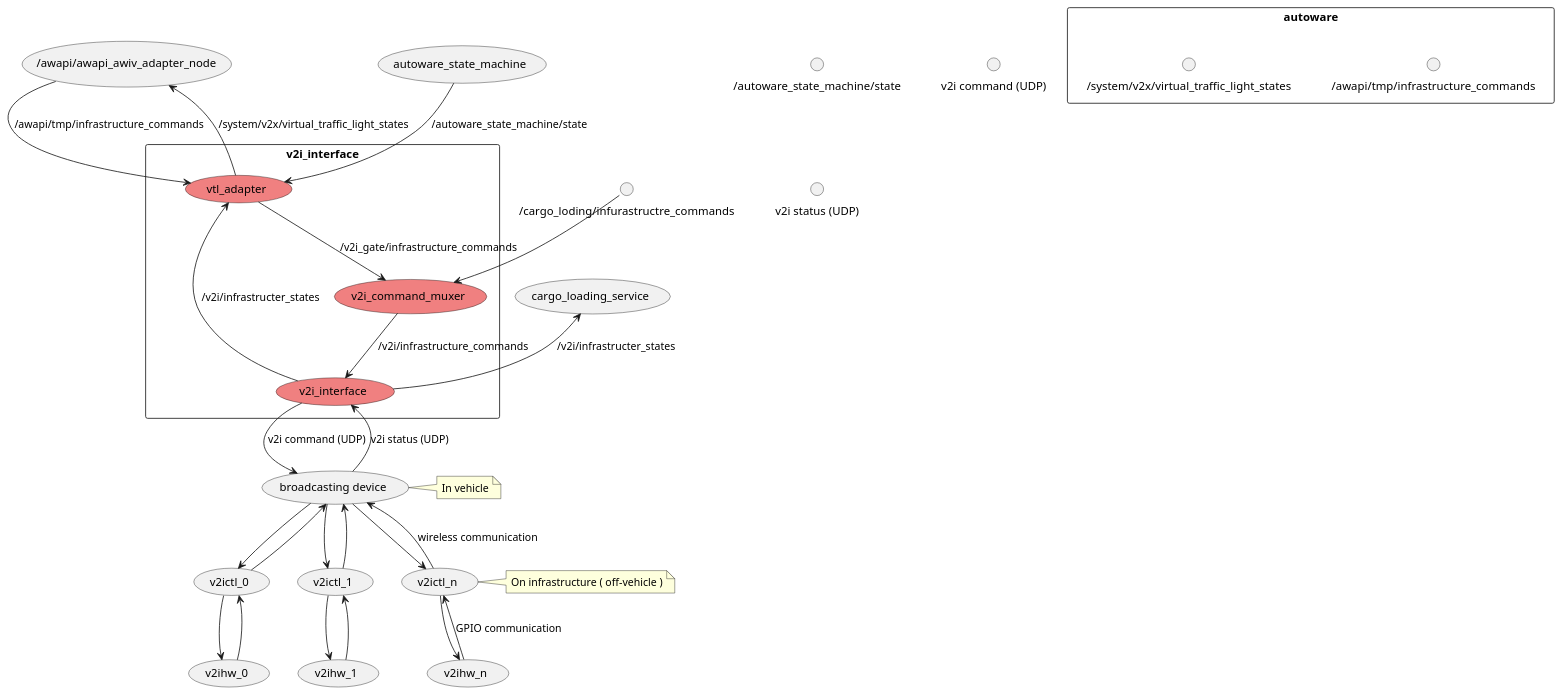
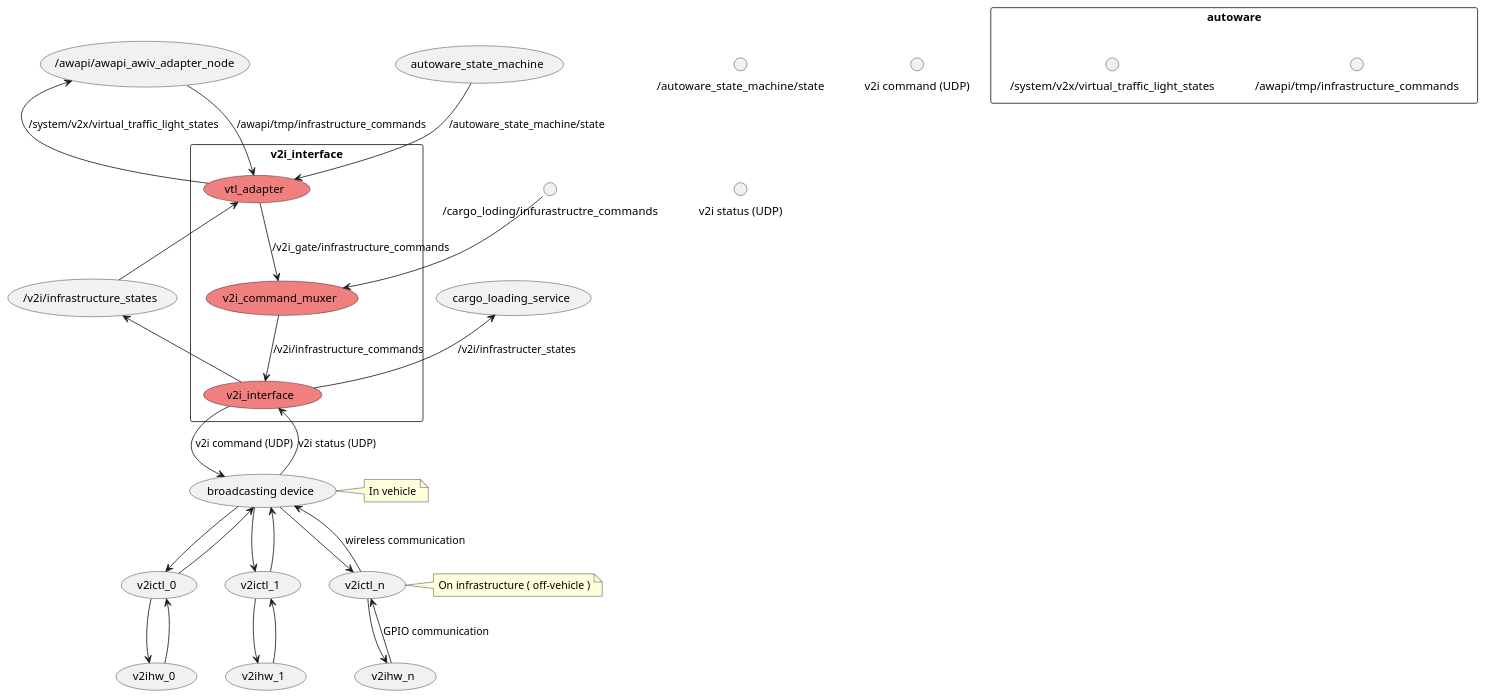
The diagram in docs/node_graph_internal_spec.pu (sfukuta/v2i_interface), drawn with PlantUML before and after one commit.

```diff
--- a/docs/node_graph_internal_spec.pu
+++ b/docs/node_graph_internal_spec.pu
@@ -1,47 +1,48 @@
 @startuml
 
 rectangle autoware {
   interface "/awapi/tmp/infrastructure_commands"
   interface "/system/v2x/virtual_traffic_light_states"
 }
 interface "/autoware_state_machine/state"
 rectangle "v2i_interface" as v2i {
   usecase "v2i_interface" #LightCoral
   usecase "v2i_command_muxer" #LightCoral
   usecase "vtl_adapter" #LightCoral
 } 
 interface "v2i command (UDP)" as v2i_command_udp
 interface "v2i status (UDP)" as v2i_status_udp
 interface "/cargo_loding/infurastructre_commands"
 
 (/awapi/awapi_awiv_adapter_node) --> (vtl_adapter) : /awapi/tmp/infrastructure_commands
 (/awapi/awapi_awiv_adapter_node) <-- (vtl_adapter) : /system/v2x/virtual_traffic_light_states
 (autoware_state_machine) --> (vtl_adapter) : /autoware_state_machine/state
 (/cargo_loding/infurastructre_commands) --> (v2i_command_muxer)
 (vtl_adapter) --> (v2i_command_muxer) : /v2i_gate/infrastructure_commands
 (v2i_command_muxer) --> (v2i_interface) : /v2i/infrastructure_commands
-(vtl_adapter) <-- (v2i_interface) :/v2i/infrastructer_states
+(vtl_adapter) <-- (/v2i/infrastructure_states)
+(/v2i/infrastructure_states) <-- (v2i_interface)
 (cargo_loading_service) <-- (v2i_interface) :/v2i/infrastructer_states
 (v2i_interface) --> (broadcasting device) : v2i command (UDP)
 (v2i_interface) <-- (broadcasting device) : v2i status (UDP)
 (broadcasting device) --> (v2ictl_0)
 (broadcasting device) <-- (v2ictl_0)
 (broadcasting device) --> (v2ictl_1)
 (broadcasting device) <-- (v2ictl_1)
 (broadcasting device) --> (v2ictl_n)
 (broadcasting device) <-- (v2ictl_n) : wireless communication
 
 (v2ictl_0) -[hidden] (v2ictl_1)
 (v2ictl_1) -[hidden] (v2ictl_n)
 
 (v2ictl_0) --> (v2ihw_0)
 (v2ictl_0) <-- (v2ihw_0)
 (v2ictl_1) --> (v2ihw_1)
 (v2ictl_1) <-- (v2ihw_1)
 (v2ictl_n) --> (v2ihw_n)
 (v2ictl_n) <-- (v2ihw_n) : GPIO communication
 
 note right of "broadcasting device" : In vehicle
 note right of v2ictl_n : On infrastructure ( off-vehicle )
 
 @enduml
```
